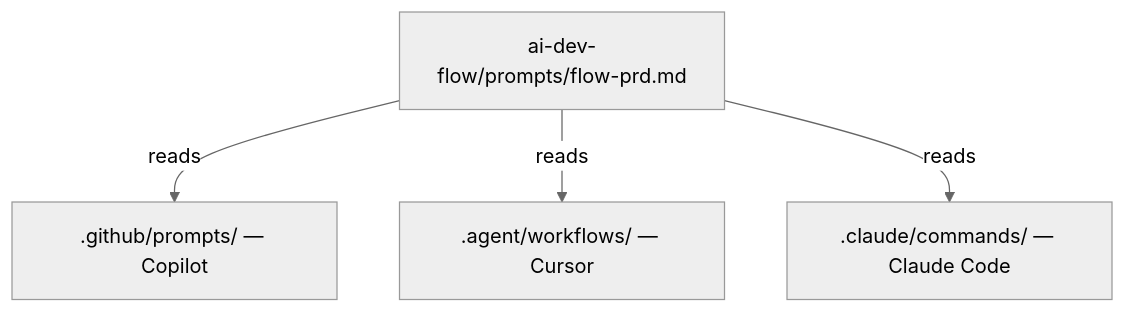
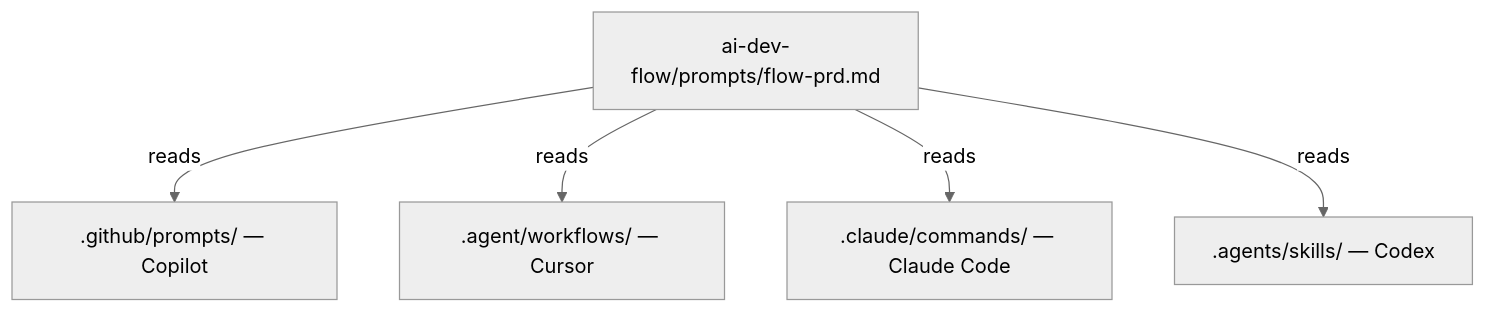
Before and after one commit to viniciuscarneiro/ai-dev-flow: the second of 3 diagrams in README.md, drawn with Mermaid (neutral theme). The commit also changed other lines of this file and 9 other files, not shown here.

````diff
--- a/README.md
+++ b/README.md
@@ -167,6 +169,7 @@
 ```mermaid
 graph TD
     S["ai-dev-flow/prompts/flow-prd.md"] -->|reads| C1[".github/prompts/ — Copilot"]
     S -->|reads| C2[".agent/workflows/ — Cursor"]
     S -->|reads| C3[".claude/commands/ — Claude Code"]
+    S -->|reads| C4[".agents/skills/ — Codex"]
 ```
````
